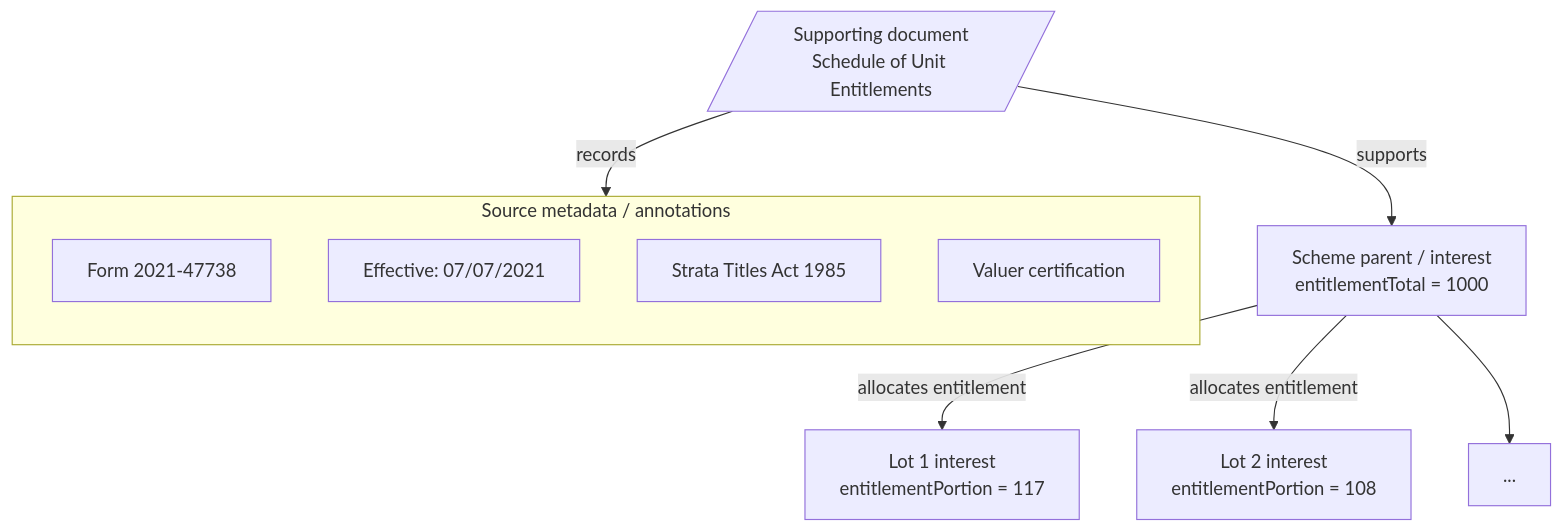
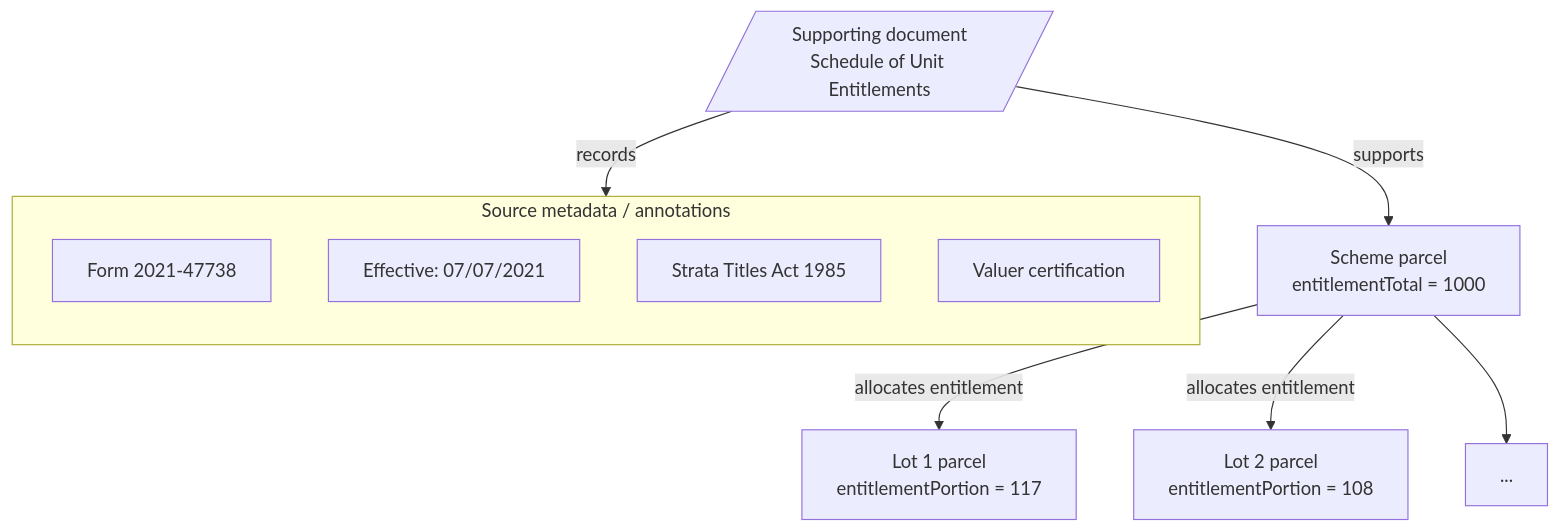
One commit to surroundaustralia/3d-csdm-profile-wa changed the fifth of 5 diagrams in proposals/development/built-strata/built-strata-parcel-specification.md. Above: the diagram before and after it, drawn with Mermaid. The commit also changed other lines of this file and 26 other files, not shown here.

````diff
--- a/proposals/development/built-strata/built-strata-parcel-specification.md
+++ b/proposals/development/built-strata/built-strata-parcel-specification.md
@@ -374,25 +353,25 @@
 ```mermaid
 flowchart TB
     document[/Supporting document<br/>Schedule of Unit Entitlements/]
 
     subgraph metadata["Source metadata / annotations"]
         direction TB
         form["Form 2021-47738"]
         effective["Effective: 07/07/2021"]
         legislation["Strata Titles Act 1985"]
         certification["Valuer certification"]
     end
 
-    scheme["Scheme parent / interest<br/>entitlementTotal = 1000"]
+    scheme["Scheme parcel<br/>entitlementTotal = 1000"]
 
-    lot1["Lot 1 interest<br/>entitlementPortion = 117"]
-    lot2["Lot 2 interest<br/>entitlementPortion = 108"]
+    lot1["Lot 1 parcel<br/>entitlementPortion = 117"]
+    lot2["Lot 2 parcel<br/>entitlementPortion = 108"]
     more["..."]
 
     document -->|"records"| metadata
     document -->|"supports"| scheme
 
     scheme -->|"allocates entitlement"| lot1
     scheme -->|"allocates entitlement"| lot2
     scheme --> more
 ```
````
